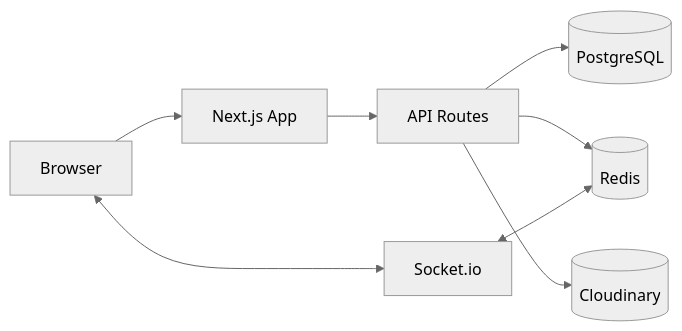
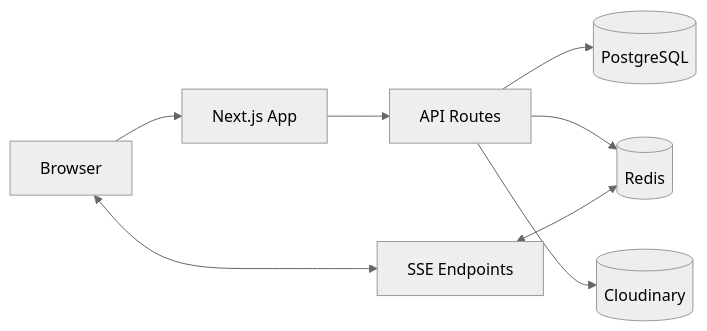
The first of 2 diagrams in dossier-certification/07-annexes/README.md (CLecart/social-network), drawn with Mermaid (neutral theme) before and after one commit. The commit also changed other lines of this file and 6 other files, not shown here.

````diff
--- a/dossier-certification/07-annexes/README.md
+++ b/dossier-certification/07-annexes/README.md
@@ -114,10 +114,10 @@
 ```mermaid
 flowchart LR
     Client[Browser] --> Next[Next.js App]
     Next --> API[API Routes]
     API --> DB[(PostgreSQL)]
     API --> Redis[(Redis)]
     API --> Cloudinary[(Cloudinary)]
-    Client <--> Socket[Socket.io]
-    Socket <--> Redis
+    Client <--> SSE[SSE Endpoints]
+    SSE <--> Redis
 ```
````
